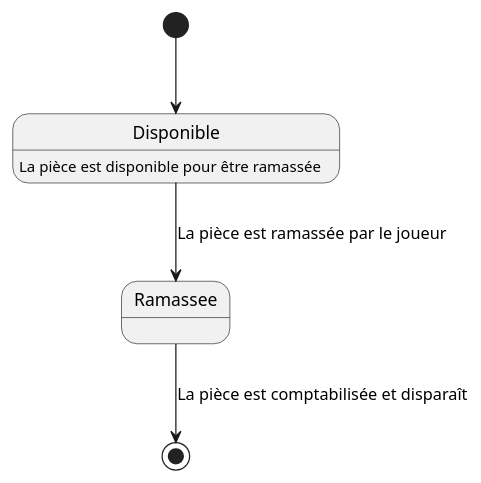
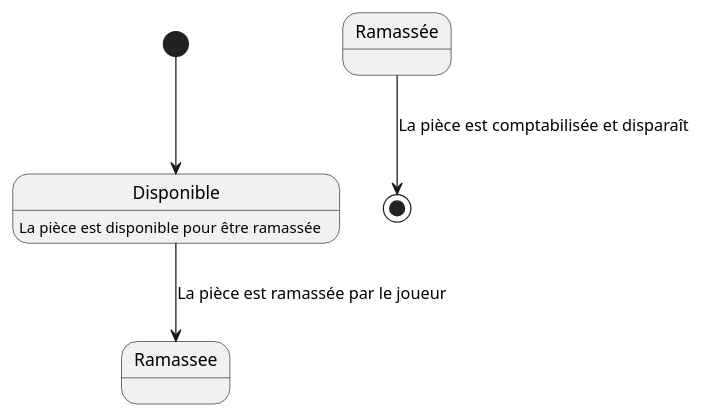
Before and after one commit to LosVerinos/Crossy-Road: the diagram in Analyse/StateDiagram/CoinState.puml, drawn with PlantUML. The commit also changed 14 other files, not shown here.

Commit message:
Update diagrams

```diff
--- a/Analyse/StateDiagram/CoinState.puml
+++ b/Analyse/StateDiagram/CoinState.puml
@@ -1,7 +1,7 @@
 @startuml coinState
 [*] --> Disponible
 Disponible : La pièce est disponible pour être ramassée
 
 Disponible --> Ramassee : La pièce est ramassée par le joueur
-Ramassee --> [*] : La pièce est comptabilisée et disparaît
+Ramassée --> [*] : La pièce est comptabilisée et disparaît
 @enduml
```
